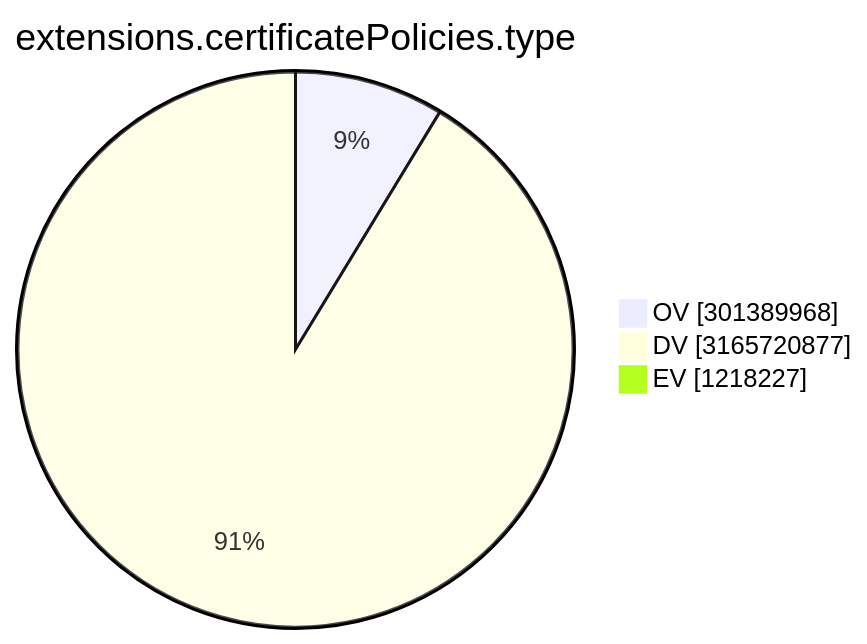
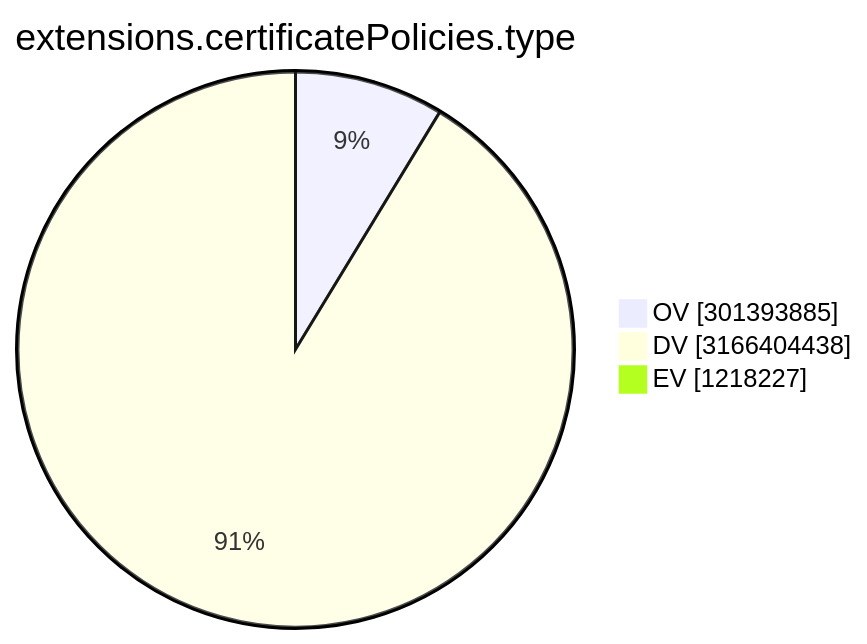
Before and after one commit to christiankrug/ctmonitor_visualization: the ninth of 15 diagrams in TOTAL/README.md, drawn with Mermaid. The commit also changed other lines of this file, not shown here.

````diff
--- a/TOTAL/README.md
+++ b/TOTAL/README.md
@@ -3105,7 +3105,7 @@
 ```mermaid
 pie showData
 title extensions.certificatePolicies.type
-"OV" :301389968
-"DV" :3165720877
+"OV" :301393885
+"DV" :3166404438
 "EV" :1218227
 ```
````
